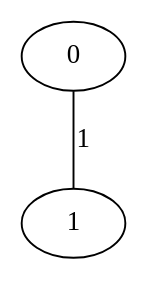
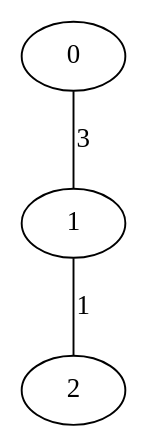
One commit to bcgsc/arcs changed the diagram in Examples/arcs-long_test-demo/output/test_scaffolds_c3_m8-10000_cut250_s70_r0.05_e30000_z500_original.gv. Above: the diagram before and after it, drawn with Graphviz. The commit also changed 17 other files, not shown here.

```diff
--- a/Examples/arcs-long_test-demo/output/test_scaffolds_c3_m8-10000_cut250_s70_r0.05_e30000_z500_original.gv
+++ b/Examples/arcs-long_test-demo/output/test_scaffolds_c3_m8-10000_cut250_s70_r0.05_e30000_z500_original.gv
@@ -1,5 +1,7 @@
 graph G {
 0 [id=1];
 1 [id=2];
-0--1 [label=1, weight=3];
+2 [id=3];
+0--1 [label=3, weight=5];
+1--2 [label=1, weight=4];
 }
```
